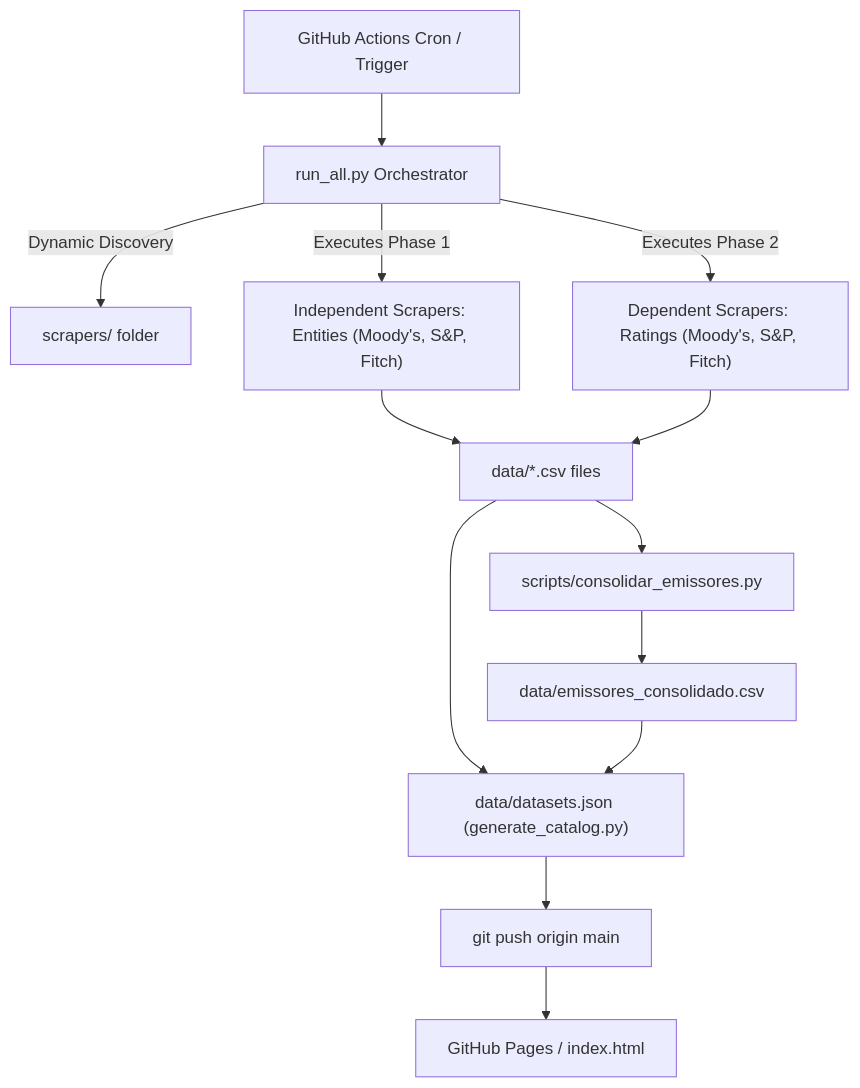
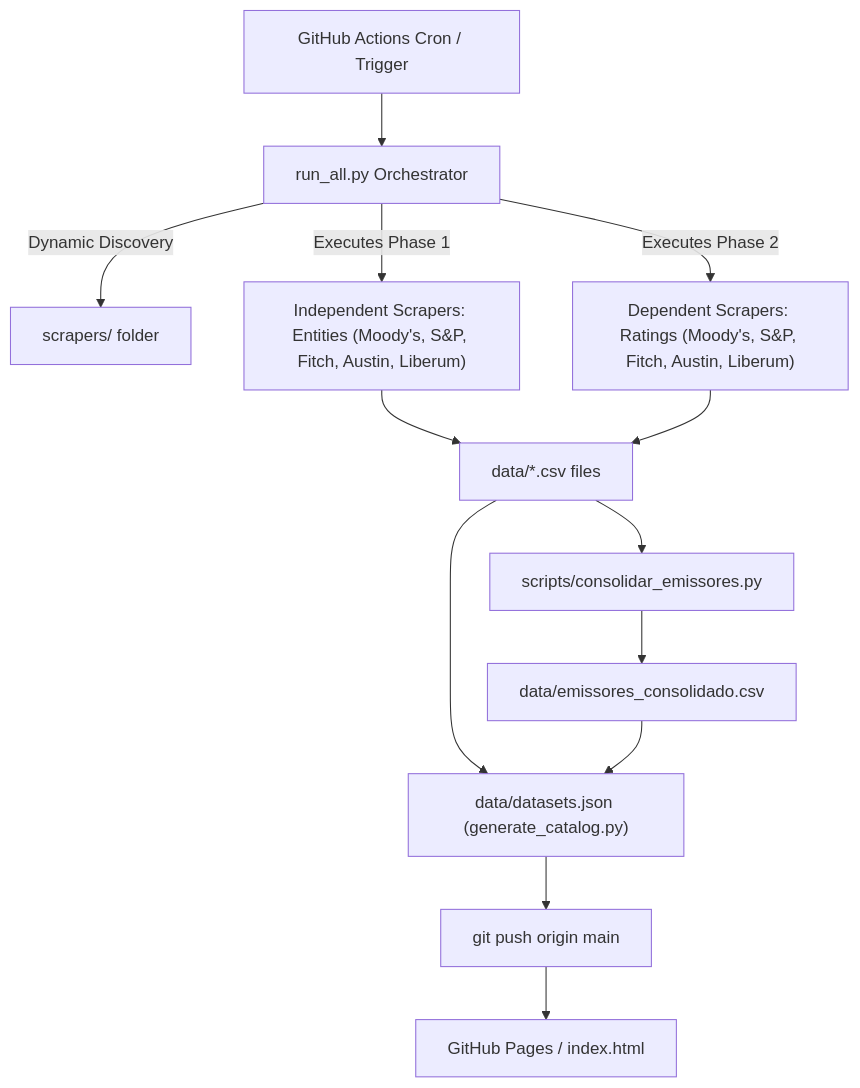
One commit to PulseDataLabs/PulseRatingsBrasil changed the diagram in README.md. Above: the diagram before and after it, drawn with Mermaid. The commit also changed other lines of this file and 31 other files, not shown here.

Commit message:
feat: integrar scrapers e visualizacao das agencias Austin e Liberum

````diff
--- a/README.md
+++ b/README.md
@@ -43,14 +43,14 @@
 ```mermaid
 graph TD
     A[GitHub Actions Cron / Trigger] --> B[run_all.py Orchestrator]
     B -->|Dynamic Discovery| C["scrapers/ folder"]
-    B -->|Executes Phase 1| D["Independent Scrapers: Entities (Moody's, S&P, Fitch)"]
-    B -->|Executes Phase 2| E["Dependent Scrapers: Ratings (Moody's, S&P, Fitch)"]
+    B -->|Executes Phase 1| D["Independent Scrapers: Entities (Moody's, S&P, Fitch, Austin, Liberum)"]
+    B -->|Executes Phase 2| E["Dependent Scrapers: Ratings (Moody's, S&P, Fitch, Austin, Liberum)"]
     D --> F["data/*.csv files"]
     E --> F
     F --> G["scripts/consolidar_emissores.py"]
     G --> H["data/emissores_consolidado.csv"]
     F & H --> I["data/datasets.json (generate_catalog.py)"]
     I --> J[git push origin main]
     J --> K[GitHub Pages / index.html]
 ```
````
